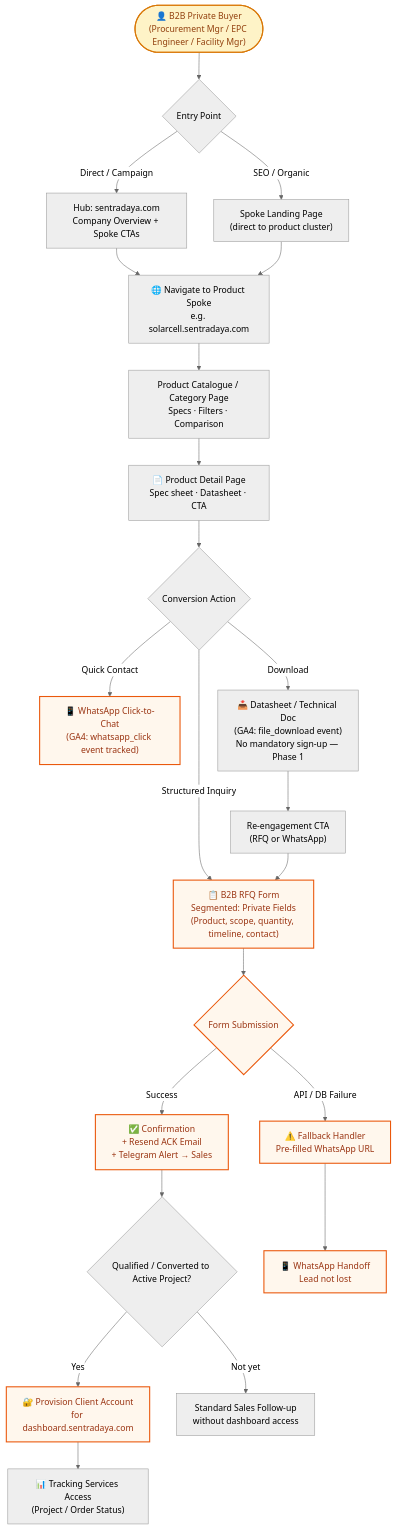
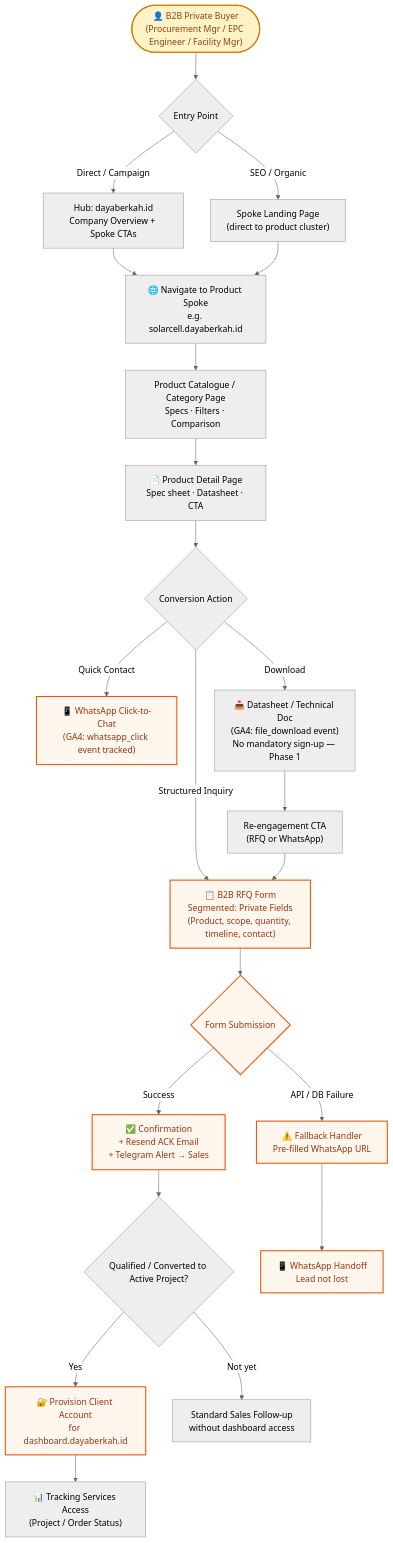
One commit to pxrzival404/arostech-hub changed the third of 3 diagrams in docs/core/prd/prd-v3.md. Above: the diagram before and after it, drawn with Mermaid (neutral theme). The commit also changed other lines of this file and 27 other files, not shown here.

````diff
--- a/docs/core/prd/prd-v3.md
+++ b/docs/core/prd/prd-v3.md
@@ -217,36 +217,36 @@
 ```mermaid
 flowchart TD
     classDef entry fill:#fef3c7,stroke:#d97706,stroke-width:2px,color:#92400e
     classDef conversion fill:#fff7ed,stroke:#ea580c,stroke-width:2px,color:#9a3412
 
     A(["👤 B2B Private Buyer\n(Procurement Mgr / EPC Engineer / Facility Mgr)"])
     A --> B{"Entry Point"}
-    B -->|"Direct / Campaign"| C["Hub: sentradaya.com\nCompany Overview + Spoke CTAs"]
+    B -->|"Direct / Campaign"| C["Hub: dayaberkah.id\nCompany Overview + Spoke CTAs"]
     B -->|"SEO / Organic"| D["Spoke Landing Page\n(direct to product cluster)"]
-    C --> E["🌐 Navigate to Product Spoke\ne.g. solarcell.sentradaya.com"]
+    C --> E["🌐 Navigate to Product Spoke\ne.g. solarcell.dayaberkah.id"]
     D --> E
     E --> F["Product Catalogue / Category Page\nSpecs · Filters · Comparison"]
     F --> G["📄 Product Detail Page\nSpec sheet · Datasheet · CTA"]
     G --> H{"Conversion Action"}
     H -->|"Structured Inquiry"| I["📋 B2B RFQ Form\nSegmented: Private Fields\n(Product, scope, quantity, timeline, contact)"]
     H -->|"Quick Contact"| J["📱 WhatsApp Click-to-Chat\n(GA4: whatsapp_click event tracked)"]
     H -->|"Download"| K["📥 Datasheet / Technical Doc\n(GA4: file_download event)\nNo mandatory sign-up — Phase 1"]
     I --> L{"Form Submission"}
     L -->|"Success"| M["✅ Confirmation\n+ Resend ACK Email\n+ Telegram Alert → Sales"]
     M --> Q{"Qualified / Converted to Active Project?"}
-    Q -->|"Yes"| R["🔐 Provision Client Account\nfor dashboard.sentradaya.com"]
+    Q -->|"Yes"| R["🔐 Provision Client Account\nfor dashboard.dayaberkah.id"]
     R --> S["📊 Tracking Services Access\n(Project / Order Status)"]
     Q -->|"Not yet"| T["Standard Sales Follow-up\nwithout dashboard access"]
     L -->|"API / DB Failure"| N["⚠️ Fallback Handler\nPre-filled WhatsApp URL"]
     N --> O["📱 WhatsApp Handoff\nLead not lost"]
     K --> P["Re-engagement CTA\n(RFQ or WhatsApp)"]
     P --> I
     class A entry
     class I conversion
     class J conversion
     class L conversion
     class M conversion
     class N conversion
     class O conversion
     class R conversion
 ```
````
